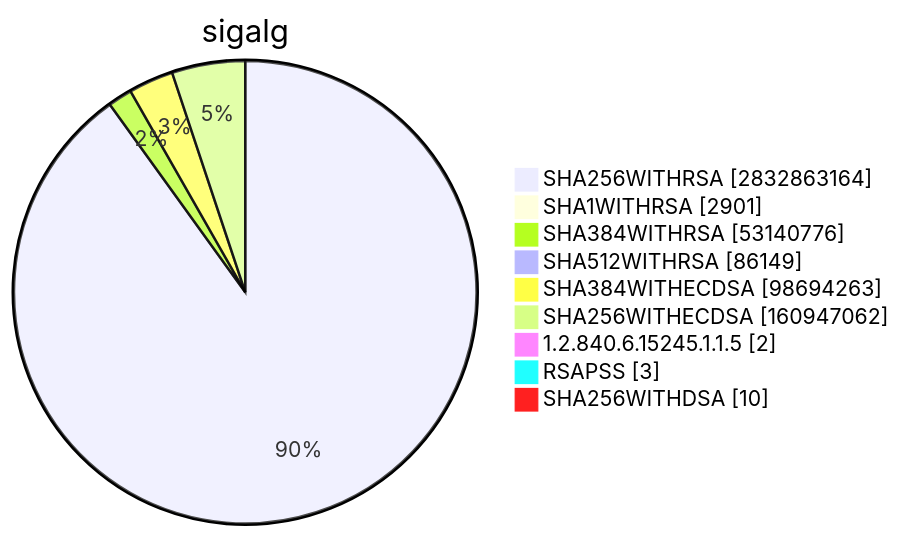
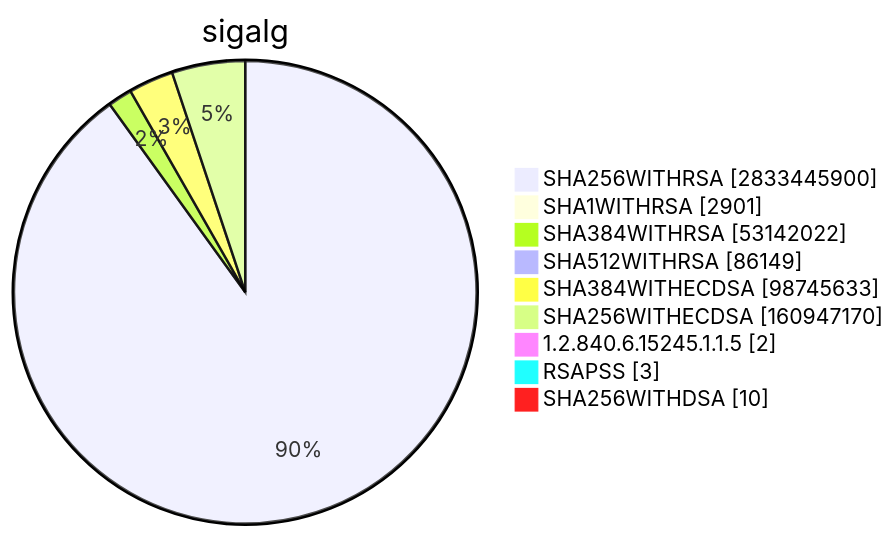
Diagram 15 of 15 in TOTAL/README.md (christiankrug/ctmonitor_visualization), drawn with Mermaid before and after one commit. The commit also changed other lines of this file, not shown here.

````diff
--- a/TOTAL/README.md
+++ b/TOTAL/README.md
@@ -6207,13 +6207,13 @@
 ```mermaid
 pie showData
 title sigalg
-"SHA256WITHRSA" :2832863164
+"SHA256WITHRSA" :2833445900
 "SHA1WITHRSA" :2901
-"SHA384WITHRSA" :53140776
+"SHA384WITHRSA" :53142022
 "SHA512WITHRSA" :86149
-"SHA384WITHECDSA" :98694263
-"SHA256WITHECDSA" :160947062
+"SHA384WITHECDSA" :98745633
+"SHA256WITHECDSA" :160947170
 "1.2.840.6.15245.1.1.5" :2
 "RSAPSS" :3
 "SHA256WITHDSA" :10
 ```
````
